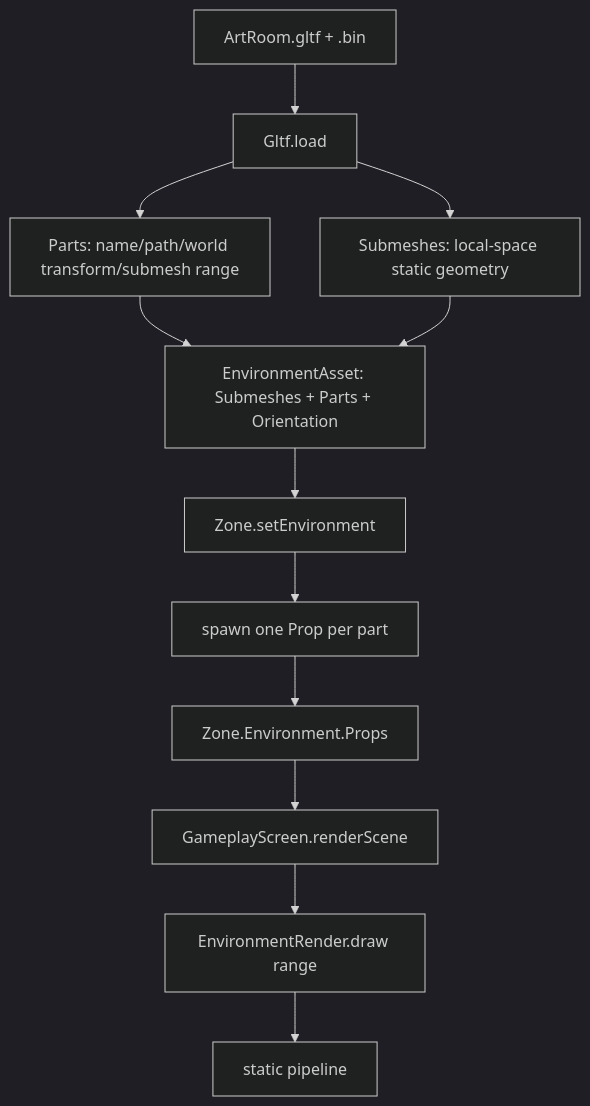
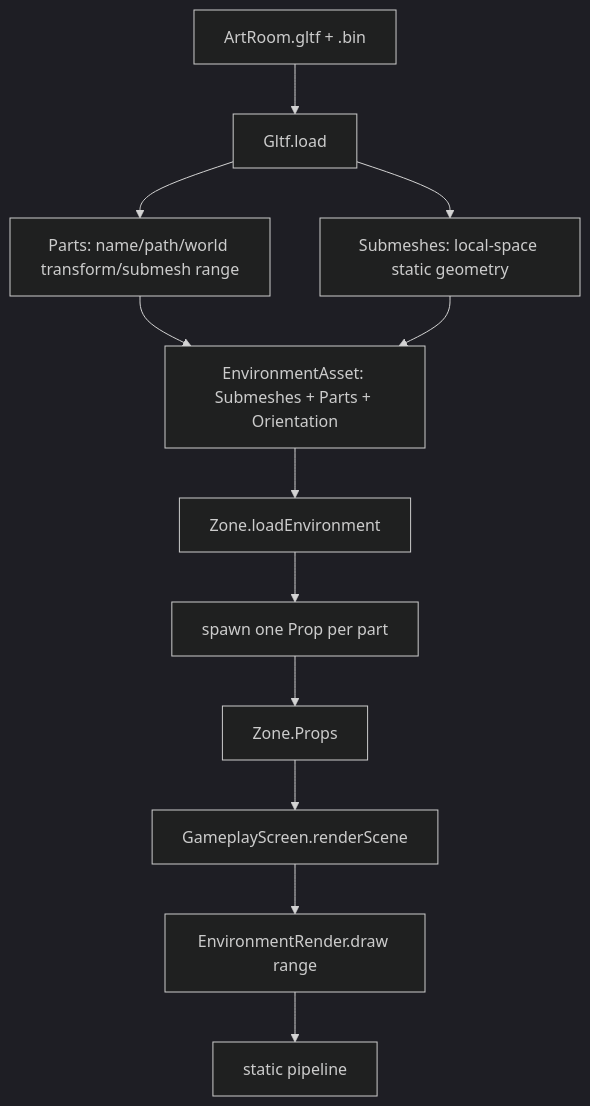
The diagram in specs/011-environment-parts-props/data-model.md (fswadling/Sugoi), drawn with Mermaid (dark theme) before and after one commit. The commit also changed other lines of this file and 38 other files, not shown here.

````diff
--- a/specs/011-environment-parts-props/data-model.md
+++ b/specs/011-environment-parts-props/data-model.md
@@ -8,14 +8,14 @@
 ```mermaid
 graph TD
     G[ArtRoom.gltf + .bin] --> P[Gltf.load]
     P --> SM[Submeshes: local-space static geometry]
     P --> PT[Parts: name/path/world transform/submesh range]
     PT --> EA[EnvironmentAsset: Submeshes + Parts + Orientation]
     SM --> EA
-    EA --> Z[Zone.setEnvironment]
+    EA --> Z[Zone.loadEnvironment]
     Z --> PR[spawn one Prop per part]
-    PR --> PP[Zone.Environment.Props]
+    PR --> PP[Zone.Props]
     PP --> S[GameplayScreen.renderScene]
     S --> ER[EnvironmentRender.draw range]
     ER --> GPU[static pipeline]
 ```
````
